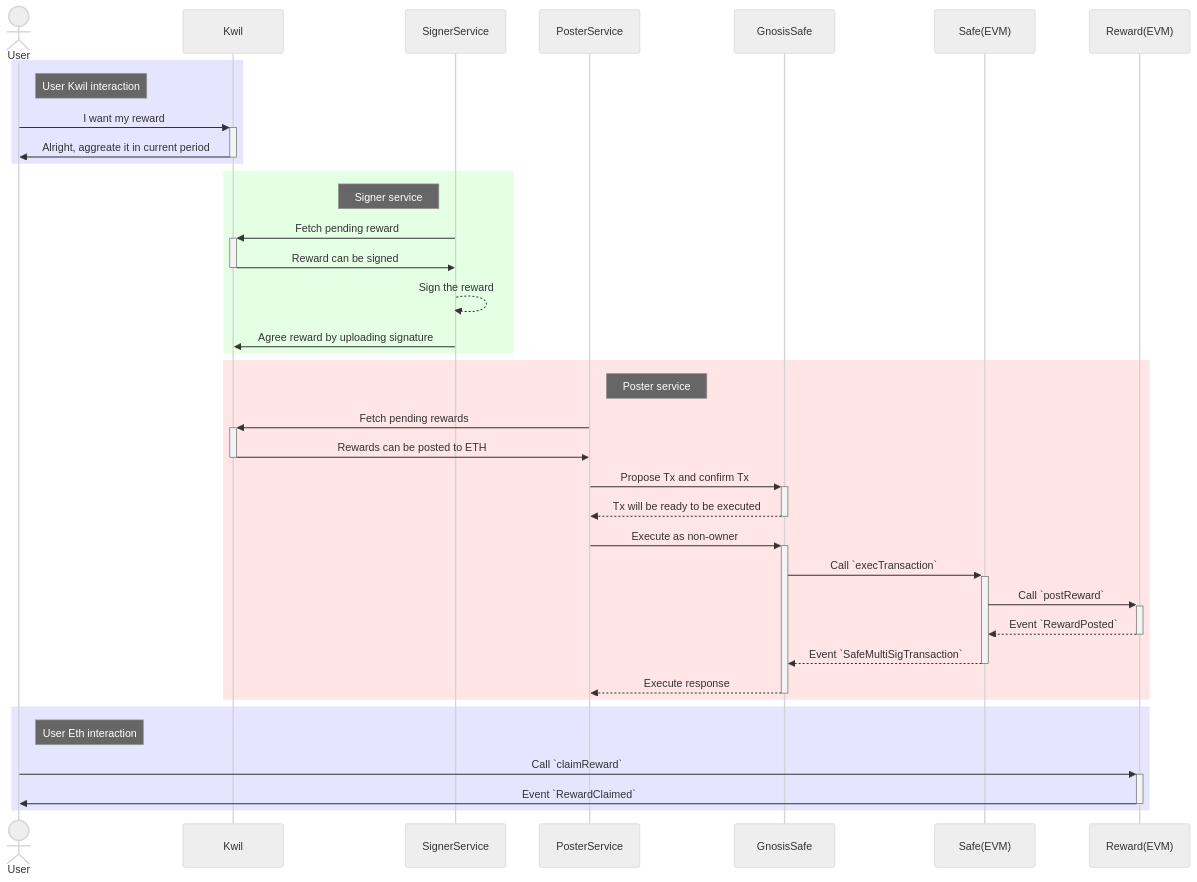
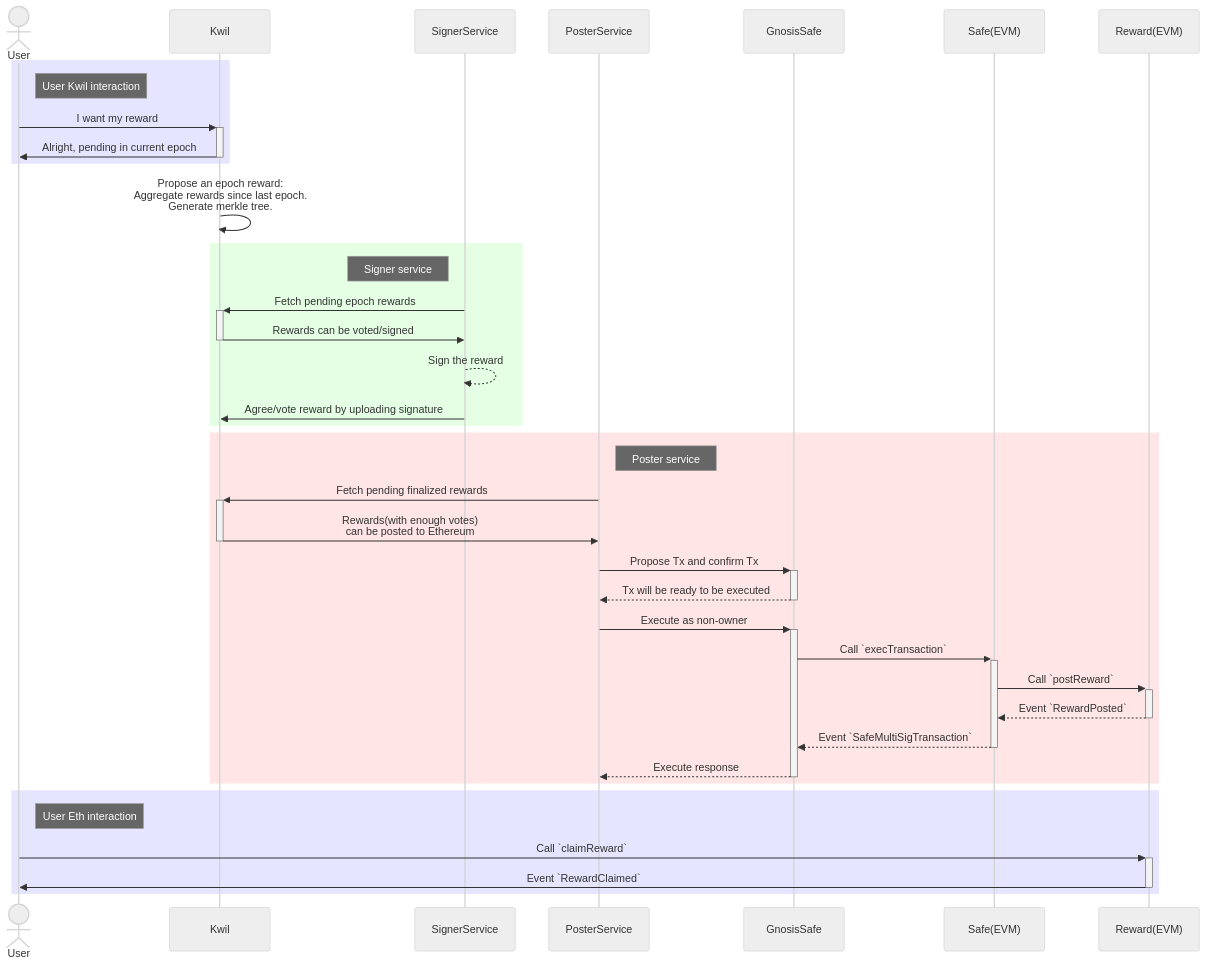
Before and after one commit to trufnetwork/rewards_contracts: the diagram in README.md, drawn with Mermaid (neutral theme). The commit also changed 43 other files, not shown here.

````diff
--- a/README.md
+++ b/README.md
@@ -5,45 +5,47 @@
 ```mermaid
 sequenceDiagram
     Actor u as User
     participant k as Kwil
     participant s as SignerService
     participant p as PosterService
     participant g as GnosisSafe
     participant sf as Safe(EVM)
     participant r as Reward(EVM)
 
     rect rgba(0, 0, 255, .1)
     Note right of u: User Kwil interaction
     u ->>+ k: I want my reward
-    k ->>- u: Alright, aggreate it in current period
+    k ->>- u: Alright, pending in current epoch
     end
+
+    k ->> k: Propose an epoch reward: <br> Aggregate rewards since last epoch. <br> Generate merkle tree.
 
     rect rgba(0,255,0,.1)
     Note left of s: Signer service
-    s ->>+ k: Fetch pending reward
-    k ->>- s: Reward can be signed
+    s ->>+ k: Fetch pending epoch rewards
+    k ->>- s: Rewards can be voted/signed
     s -->> s: Sign the reward
-    s ->> k: Agree reward by uploading signature
+    s ->> k: Agree/vote reward by uploading signature
     end
 
     rect rgba(255,0,0,.1)
     Note right of p: Poster service
-    p ->>+ k: Fetch pending rewards
-    k ->>- p: Rewards can be posted to ETH
+    p ->>+ k: Fetch pending finalized rewards
+    k ->>- p: Rewards(with enough votes) <br>can be posted to Ethereum
     p ->>+ g: Propose Tx and confirm Tx
     g -->>- p: Tx will be ready to be executed
 
     p ->>+ g: Execute as non-owner
     g ->>+ sf: Call `execTransaction`
     sf ->>+ r: Call `postReward`
     r -->>- sf: Event `RewardPosted`
     sf -->>- g: Event `SafeMultiSigTransaction`
     g -->>- p: Execute response
     end
 
     rect rgba(0,0, 255, .1)
     Note right of u: User Eth interaction
     u ->>+ r: Call `claimReward`
     r ->>- u: Event `RewardClaimed`
     end
 ```
````
